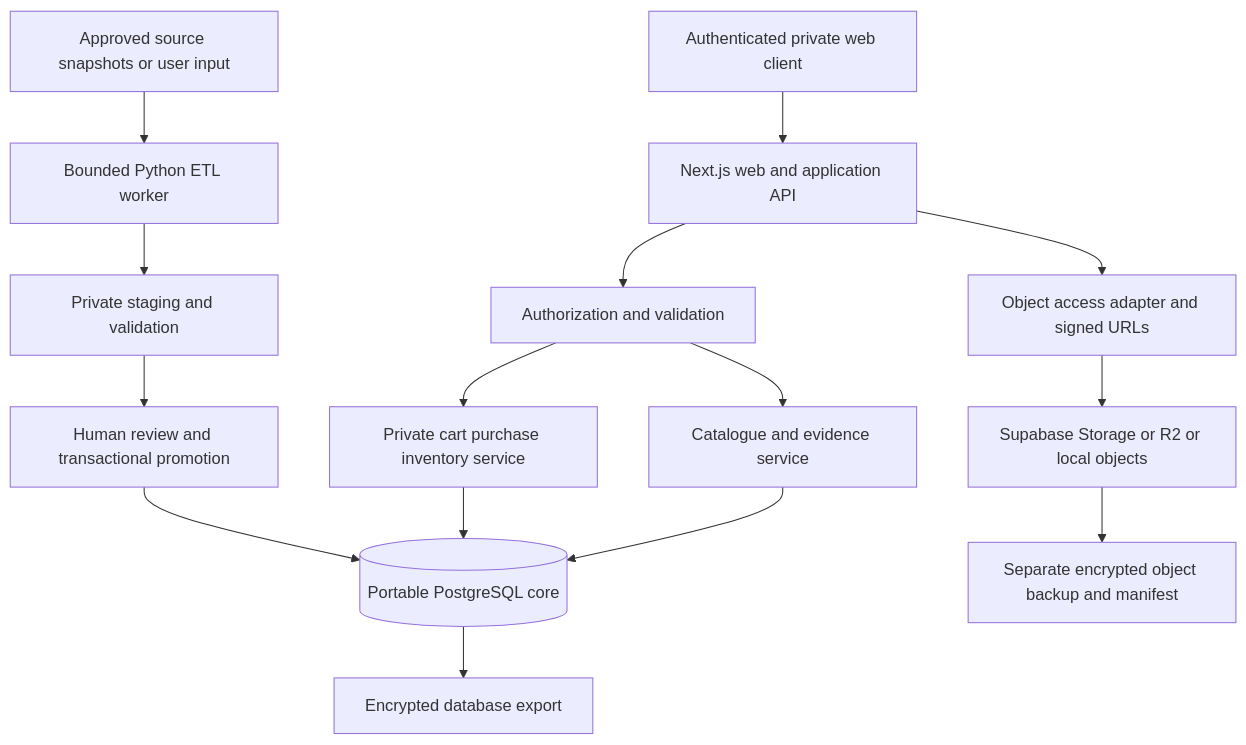
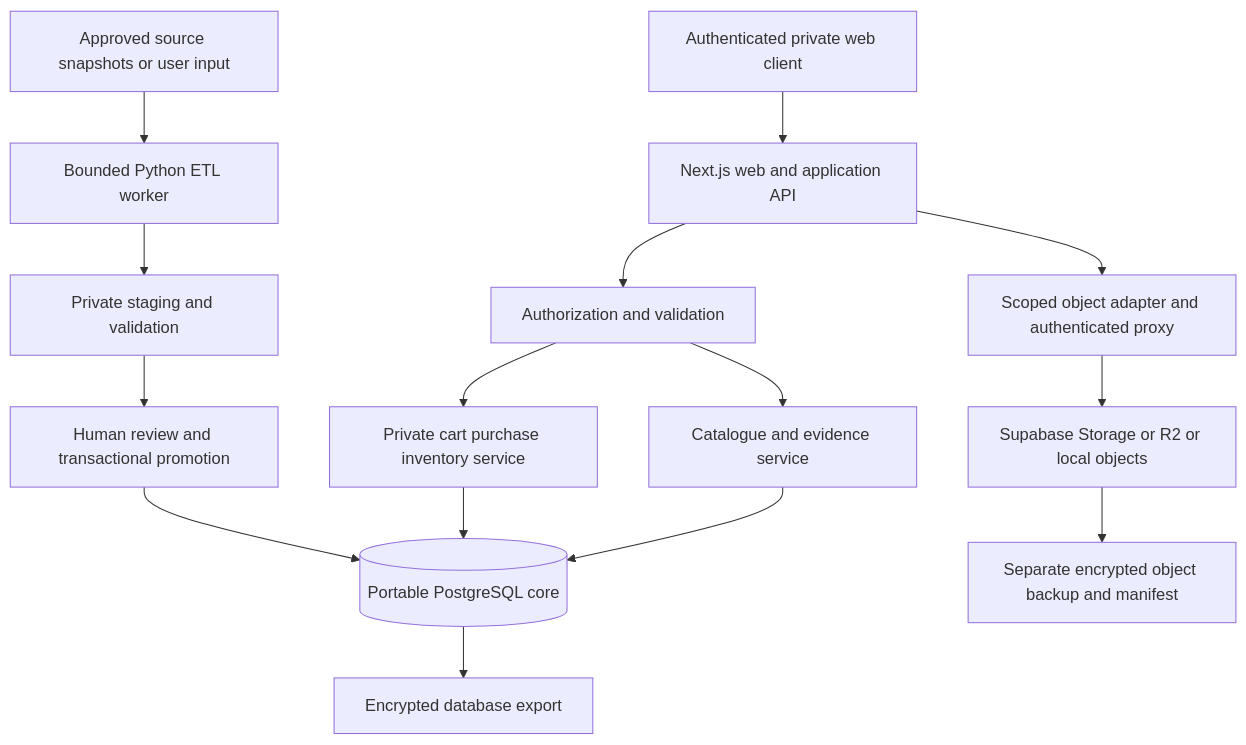
Before and after one commit to kraveerachat/DoomParfum-By-TK: the diagram in Structure DB Obsidian/06_Engineering/Proposed_System_Architecture.md, drawn with Mermaid. The commit also changed other lines of this file and 24 other files, not shown here.

Commit message:
docs(p1): address architecture review findings

````diff
--- a/Structure DB Obsidian/06_Engineering/Proposed_System_Architecture.md
+++ b/Structure DB Obsidian/06_Engineering/Proposed_System_Architecture.md
@@ -22,17 +22,17 @@
 ```mermaid
 flowchart TD
     U[Authenticated private web client] --> W[Next.js web and application API]
     W --> A[Authorization and validation]
     A --> C[Catalogue and evidence service]
     A --> P[Private cart purchase inventory service]
     C --> D[(Portable PostgreSQL core)]
     P --> D
-    W --> O[Object access adapter and signed URLs]
+    W --> O[Scoped object adapter and authenticated proxy]
     O --> S[Supabase Storage or R2 or local objects]
     R[Approved source snapshots or user input] --> E[Bounded Python ETL worker]
     E --> T[Private staging and validation]
     T --> H[Human review and transactional promotion]
     H --> D
     D --> B[Encrypted database export]
     S --> M[Separate encrypted object backup and manifest]
 ```
````
